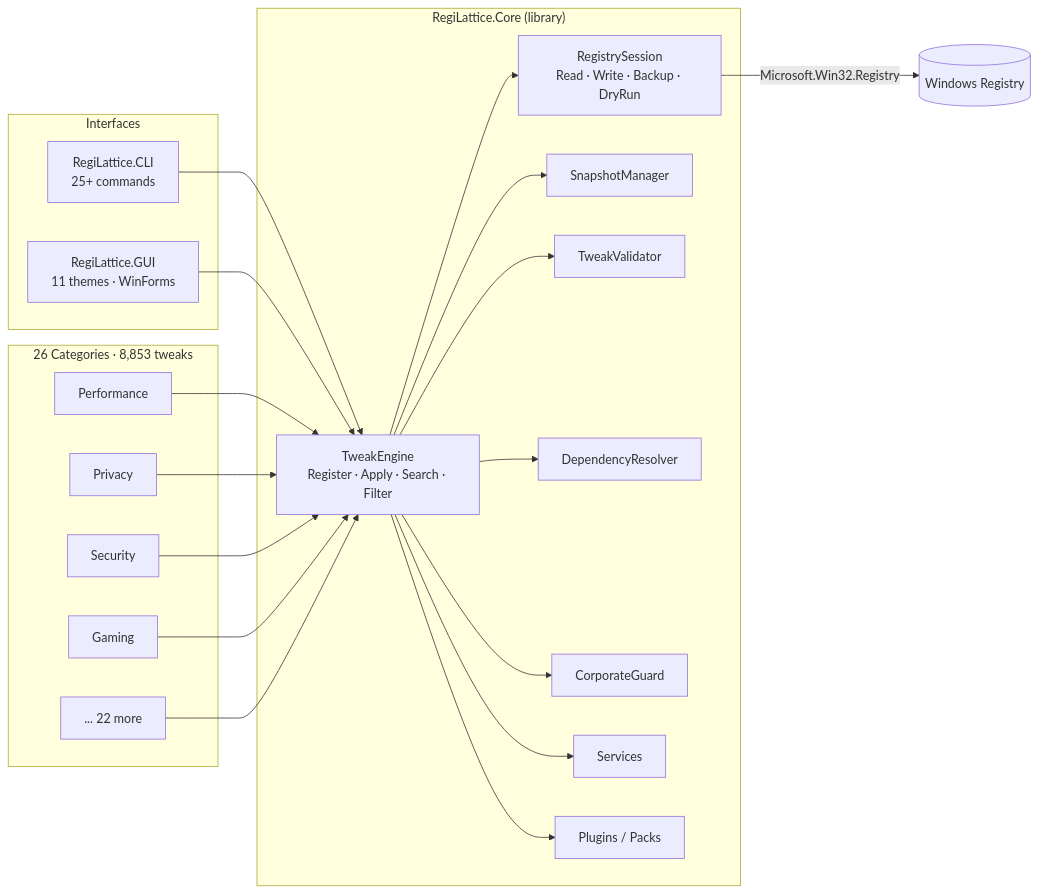
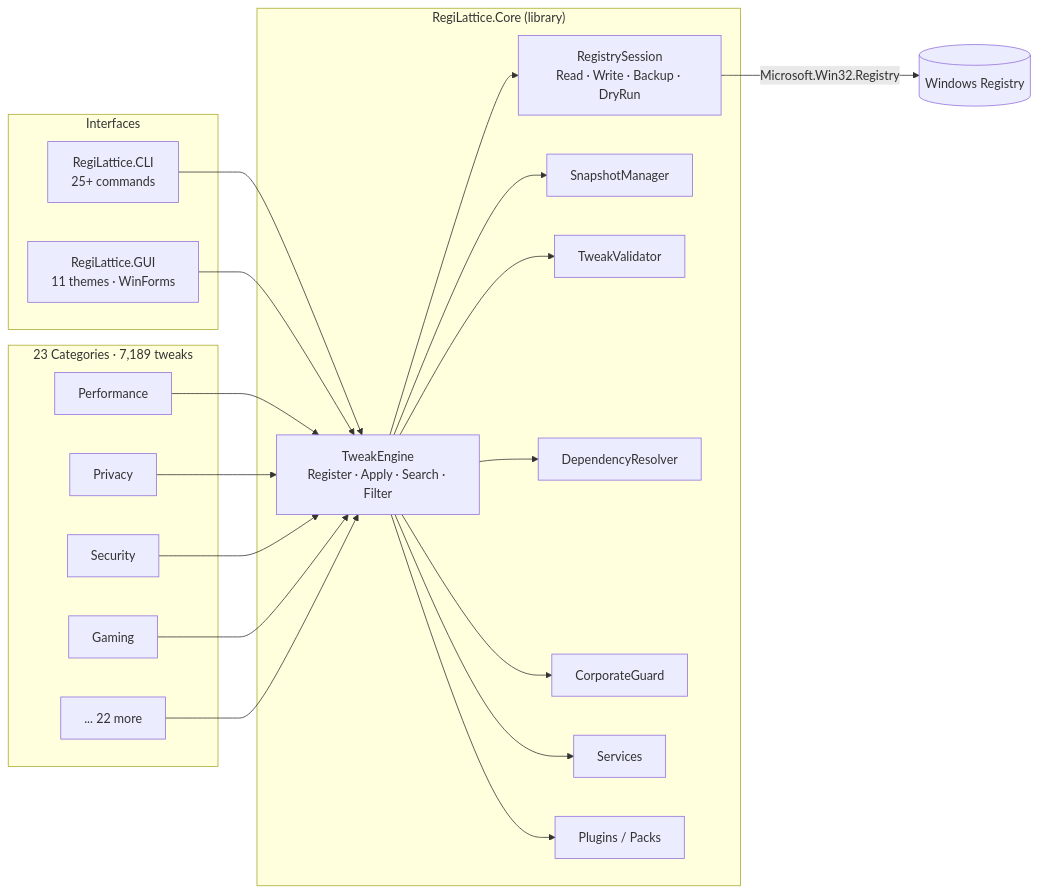
The first of 2 diagrams in README.md (RajwanYair/RegiLattice), drawn with Mermaid before and after one commit. The commit also changed other lines of this file and 11 other files, not shown here.

````diff
--- a/README.md
+++ b/README.md
@@ -88,38 +88,38 @@
 ```mermaid
 graph LR
     subgraph Interfaces
         CLI[RegiLattice.CLI<br/>25+ commands]
         GUI[RegiLattice.GUI<br/>11 themes · WinForms]
     end
 
     subgraph Core["RegiLattice.Core (library)"]
         TE[TweakEngine<br/>Register · Apply · Search · Filter]
         RS[RegistrySession<br/>Read · Write · Backup · DryRun]
         SM[SnapshotManager]
         TV[TweakValidator]
         DR[DependencyResolver]
         CG[CorporateGuard]
         SV[Services]
         PM[Plugins / Packs]
     end
 
-    subgraph Tweaks["26 Categories · 8,853 tweaks"]
+    subgraph Tweaks["23 Categories · 7,189 tweaks"]
         T1[Performance]
         T2[Privacy]
         T3[Security]
         T4[Gaming]
         TN[... 22 more]
     end
 
     CLI --> TE
     GUI --> TE
     TE --> RS
     TE --> SM
     TE --> TV
     TE --> DR
     TE --> CG
     TE --> SV
     TE --> PM
     T1 & T2 & T3 & T4 & TN --> TE
     RS -->|Microsoft.Win32.Registry| WR[(Windows Registry)]
 ```
````
